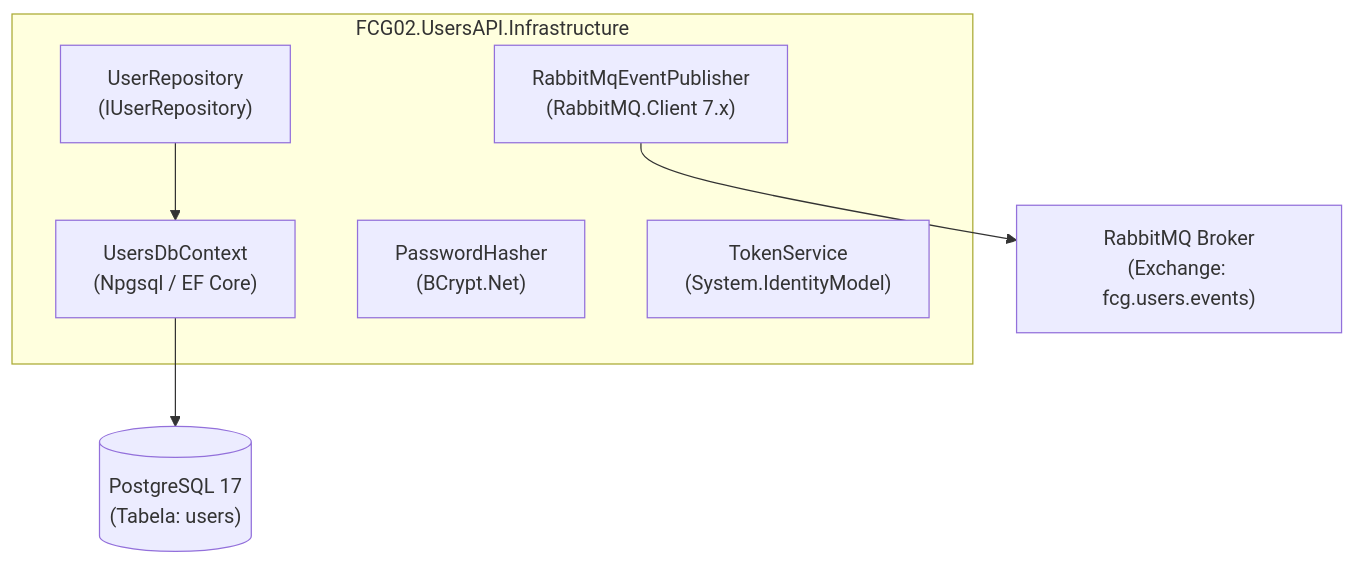
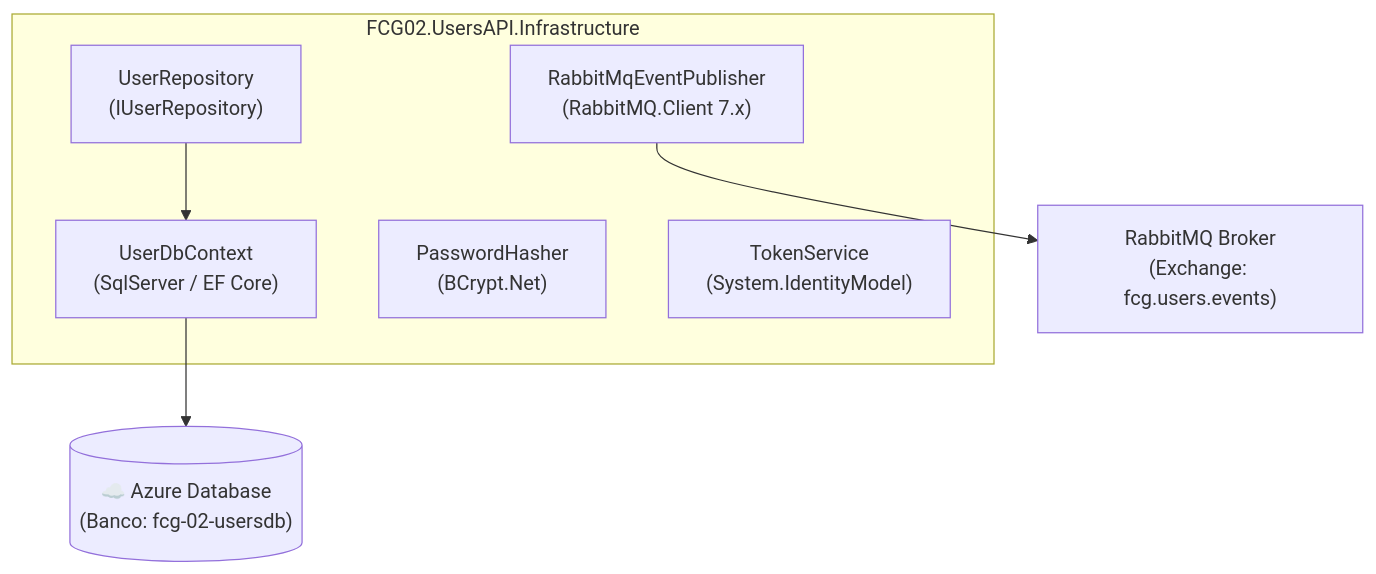
The first of 2 diagrams in docs/infrastructure.md (idgrego/fcg-fase-02--users), drawn with Mermaid before and after one commit. The commit also changed other lines of this file and 9 other files, not shown here.

````diff
--- a/docs/infrastructure.md
+++ b/docs/infrastructure.md
@@ -28,14 +28,14 @@
 ```mermaid
 graph TD
     subgraph Infraestrutura ["FCG02.UsersAPI.Infrastructure"]
-        Context["UsersDbContext<br/>(Npgsql / EF Core)"]
+        Context["UserDbContext<br/>(SqlServer / EF Core)"]
         Repo["UserRepository<br/>(IUserRepository)"]
         Hasher["PasswordHasher<br/>(BCrypt.Net)"]
         Token["TokenService<br/>(System.IdentityModel)"]
         Publisher["RabbitMqEventPublisher<br/>(RabbitMQ.Client 7.x)"]
     end
 
     Repo --> Context
-    Context --> DB[("PostgreSQL 17<br/>(Tabela: users)")]
+    Context --> DB[("☁️ Azure Database<br/>(Banco: fcg-02-usersdb)")]
     Publisher --> Broker["RabbitMQ Broker<br/>(Exchange: fcg.users.events)"]
 ```
````
